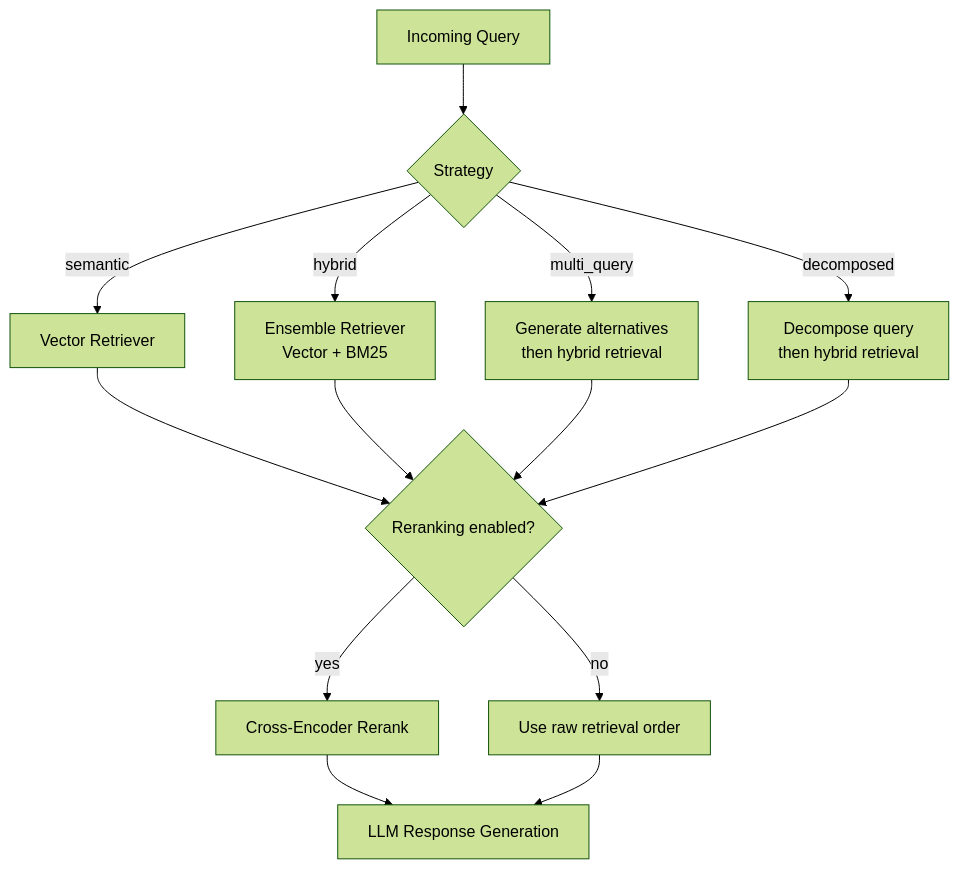
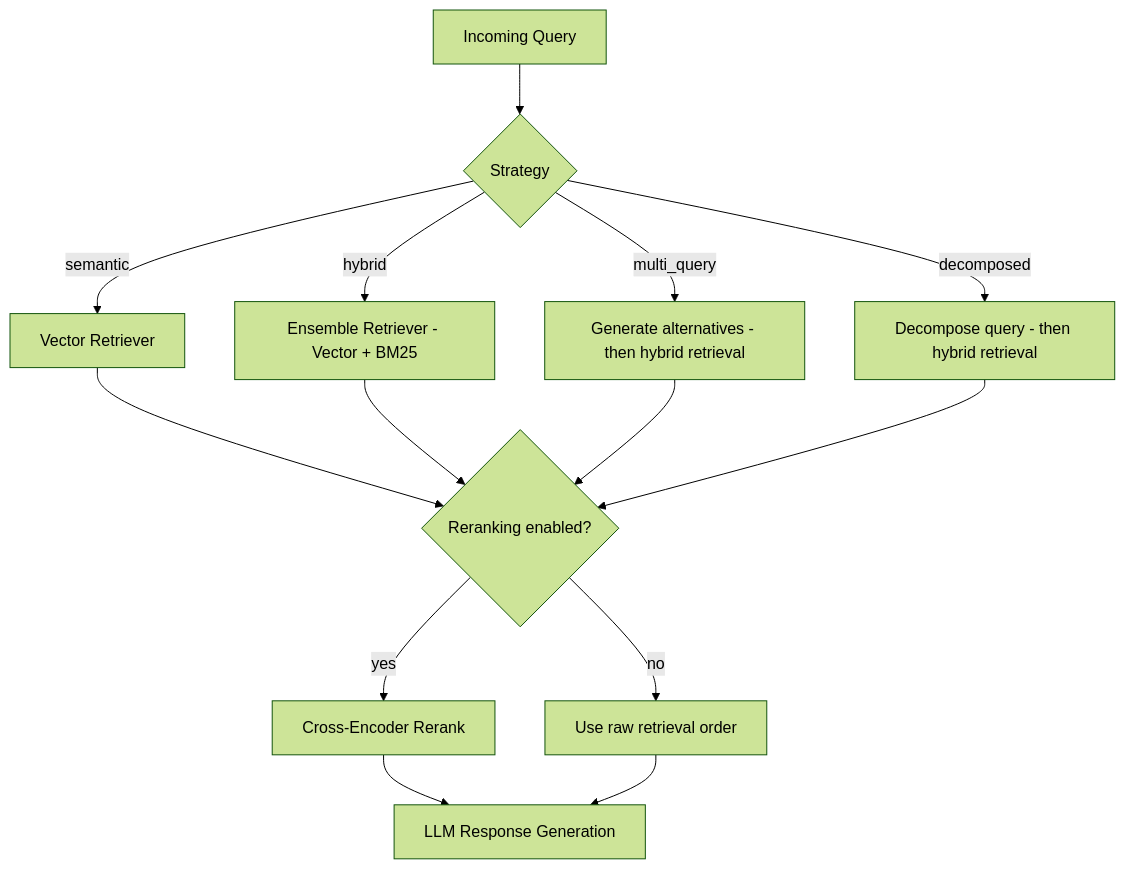
Before and after one commit to yamposskype/AI-RAG-LangChain: the fifth of 10 diagrams in README.md, drawn with Mermaid (forest theme). The commit also changed other lines of this file and 11 other files, not shown here.

````diff
--- a/README.md
+++ b/README.md
@@ -278,18 +278,18 @@
 ```mermaid
 flowchart TD
     Q[Incoming Query] --> S{Strategy}
     S -->|semantic| A[Vector Retriever]
-    S -->|hybrid| B[Ensemble Retriever\nVector + BM25]
-    S -->|multi_query| C[Generate alternatives\nthen hybrid retrieval]
-    S -->|decomposed| D[Decompose query\nthen hybrid retrieval]
+    S -->|hybrid| B[Ensemble Retriever - Vector + BM25]
+    S -->|multi_query| C[Generate alternatives - then hybrid retrieval]
+    S -->|decomposed| D[Decompose query - then hybrid retrieval]
 
     A --> RR{Reranking enabled?}
     B --> RR
     C --> RR
     D --> RR
 
     RR -->|yes| X[Cross-Encoder Rerank]
     RR -->|no| Y[Use raw retrieval order]
     X --> G[LLM Response Generation]
     Y --> G
 ```
````
